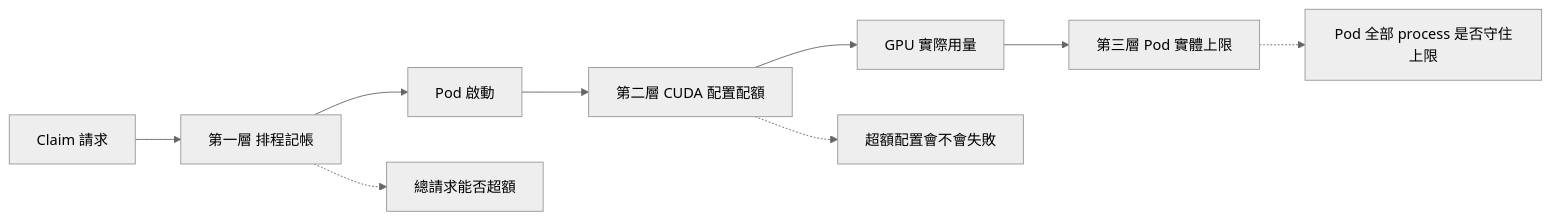
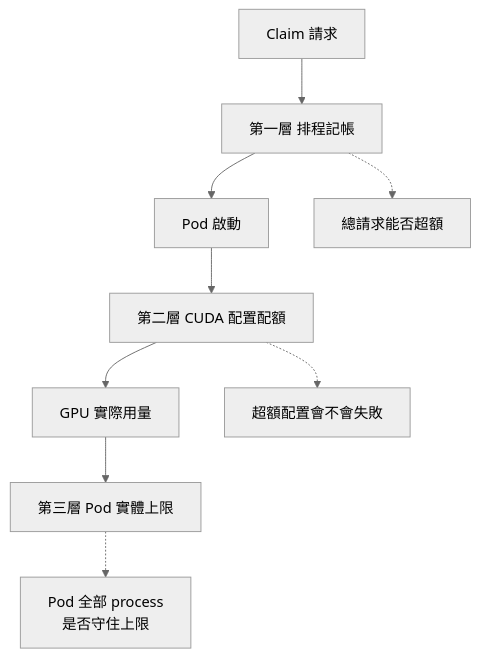
One commit to Daniel77871/dra-gpu-sharing-in-practice changed the first of 3 diagrams in book/04-isolation/README.md. Above: the diagram before and after it, drawn with Mermaid (neutral theme). The commit also changed other lines of this file and 15 other files, not shown here.

First line of the commit message:
Fit wide Mermaid diagrams to the GitHub page width

````diff
--- a/book/04-isolation/README.md
+++ b/book/04-isolation/README.md
@@ -15,11 +15,11 @@
 ```mermaid
-flowchart LR
+flowchart TB
     C["Claim 請求"] --> S["第一層 排程記帳"]
     S --> P["Pod 啟動"]
     P --> A["第二層 CUDA 配置配額"]
     A --> G["GPU 實際用量"]
     G --> O["第三層 Pod 實體上限"]
     S -.-> Q1["總請求能否超額"]
     A -.-> Q2["超額配置會不會失敗"]
-    O -.-> Q3["Pod 全部 process 是否守住上限"]
+    O -.-> Q3["Pod 全部 process<br/>是否守住上限"]
 ```
````
